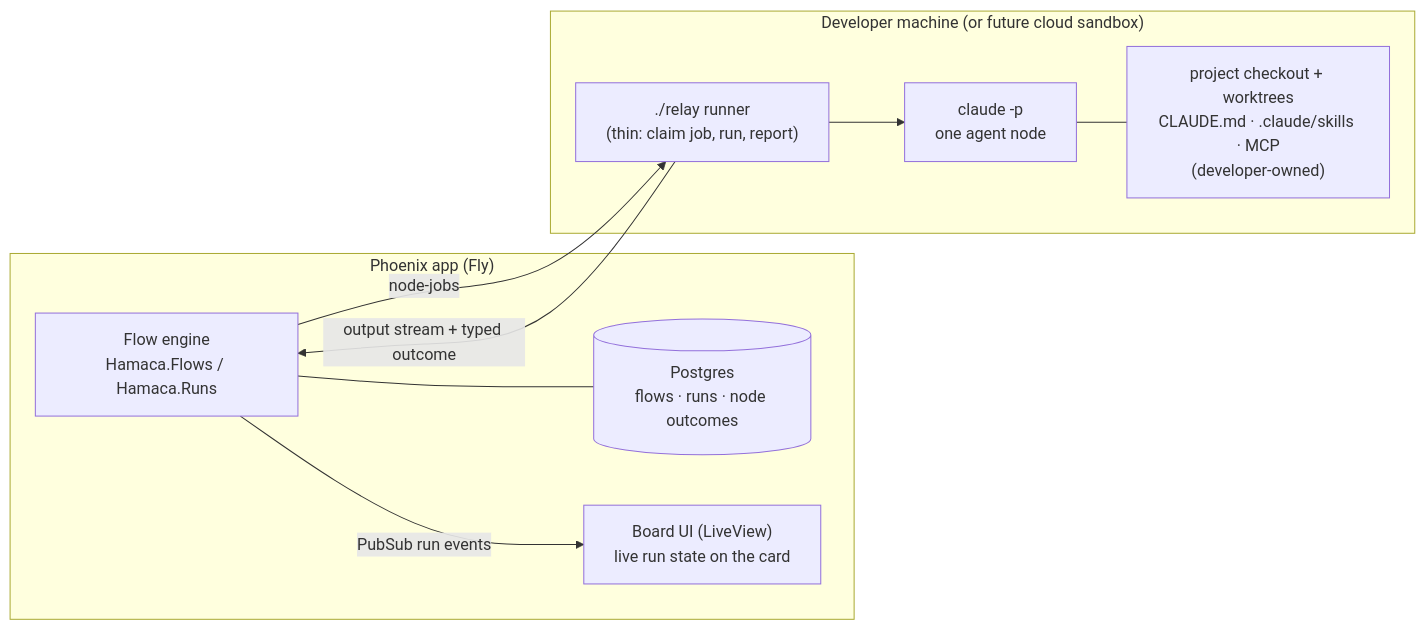
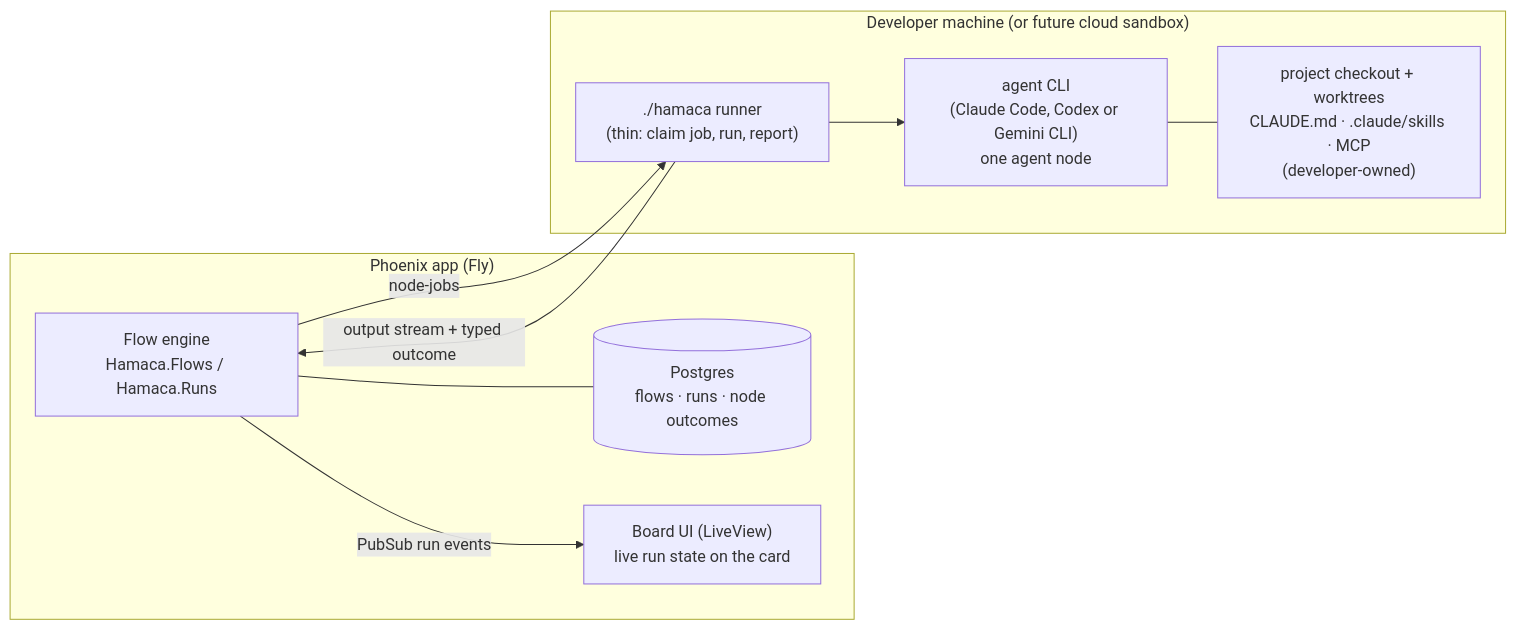
The first of 4 diagrams in docs/architecture/runtime.md (jeremylightsmith/relay), drawn with Mermaid before and after one commit. The commit also changed other lines of this file and 53 other files, not shown here.

````diff
--- a/docs/architecture/runtime.md
+++ b/docs/architecture/runtime.md
@@ -5,19 +5,19 @@
 ```mermaid
 flowchart LR
     subgraph fly["Phoenix app (Fly)"]
         engine["Flow engine<br/>Hamaca.Flows / Hamaca.Runs"]
         db[("Postgres<br/>flows · runs · node outcomes")]
         board["Board UI (LiveView)<br/>live run state on the card"]
         engine --- db
         engine -- "PubSub run events" --> board
     end
     subgraph dev["Developer machine (or future cloud sandbox)"]
-        exec["./relay runner<br/>(thin: claim job, run, report)"]
-        agent["claude -p<br/>one agent node"]
+        exec["./hamaca runner<br/>(thin: claim job, run, report)"]
+        agent["agent CLI<br/>(Claude Code, Codex or Gemini CLI)<br/>one agent node"]
         repo["project checkout + worktrees<br/>CLAUDE.md · .claude/skills · MCP<br/>(developer-owned)"]
         exec --> agent
         agent --- repo
     end
     engine -- "node-jobs" --> exec
     exec -- "output stream + typed outcome" --> engine
 ```
````
